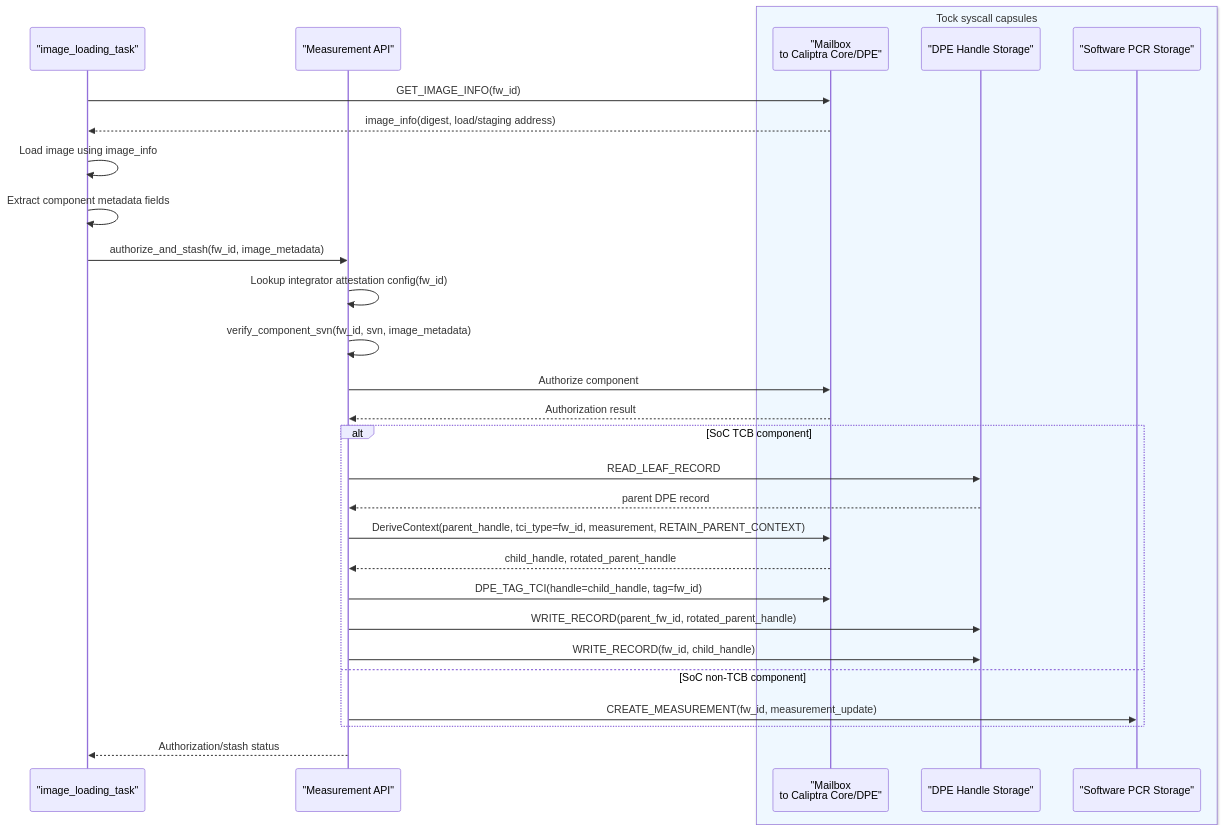
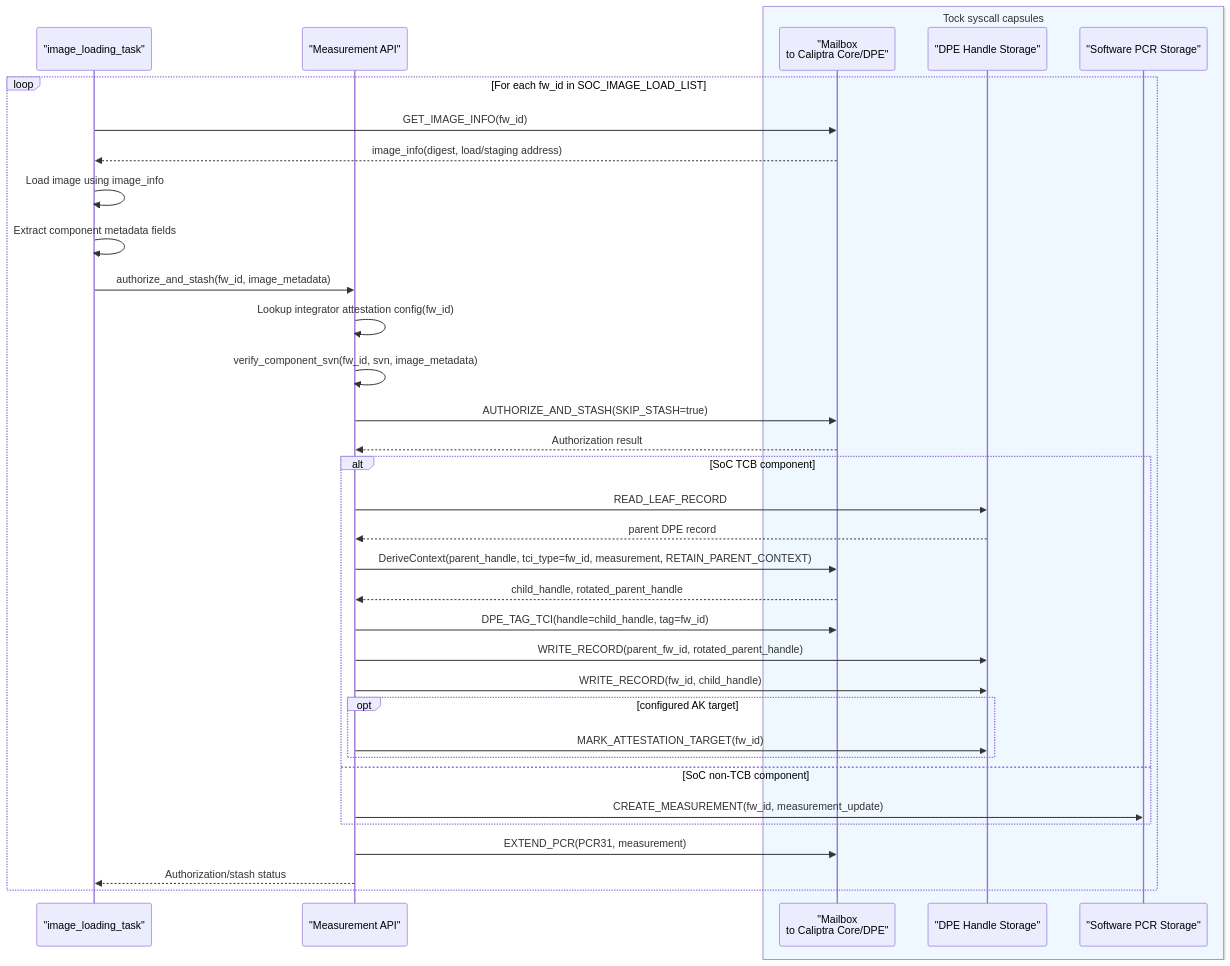
One commit to chipsalliance/caliptra-mcu-sw changed the second of 4 diagrams in docs/src/attestation-measurement-api.md. Above: the diagram before and after it, drawn with Mermaid. The commit also changed other lines of this file and 7 other files, not shown here.

````diff
--- a/docs/src/attestation-measurement-api.md
+++ b/docs/src/attestation-measurement-api.md
@@ -143,34 +179,39 @@
 ```mermaid
 sequenceDiagram
     participant Loader as "image_loading_task"
     participant MApi as "Measurement API"
     box rgb(239, 248, 255) Tock syscall capsules
         participant Mailbox as "Mailbox<br/>to Caliptra Core/DPE"
         participant DpeStore as "DPE Handle Storage"
         participant PcrStore as "Software PCR Storage"
     end
 
-    Loader->>Mailbox: GET_IMAGE_INFO(fw_id)
-    Mailbox-->>Loader: image_info(digest, load/staging address)
-    Loader->>Loader: Load image using image_info
-    Loader->>Loader: Extract component metadata fields
-    Loader->>MApi: authorize_and_stash(fw_id, image_metadata)
-    MApi->>MApi: Lookup integrator attestation config(fw_id)
-    MApi->>MApi: verify_component_svn(fw_id, svn, image_metadata)
-    MApi->>Mailbox: Authorize component
-    Mailbox-->>MApi: Authorization result
+    loop For each fw_id in SOC_IMAGE_LOAD_LIST
+        Loader->>Mailbox: GET_IMAGE_INFO(fw_id)
+        Mailbox-->>Loader: image_info(digest, load/staging address)
+        Loader->>Loader: Load image using image_info
+        Loader->>Loader: Extract component metadata fields
+        Loader->>MApi: authorize_and_stash(fw_id, image_metadata)
+        MApi->>MApi: Lookup integrator attestation config(fw_id)
+        MApi->>MApi: verify_component_svn(fw_id, svn, image_metadata)
+        MApi->>Mailbox: AUTHORIZE_AND_STASH(SKIP_STASH=true)
+        Mailbox-->>MApi: Authorization result
 
-    alt SoC TCB component
-        MApi->>DpeStore: READ_LEAF_RECORD
-        DpeStore-->>MApi: parent DPE record
-        MApi->>Mailbox: DeriveContext(parent_handle, tci_type=fw_id, measurement, RETAIN_PARENT_CONTEXT)
-        Mailbox-->>MApi: child_handle, rotated_parent_handle
-        MApi->>Mailbox: DPE_TAG_TCI(handle=child_handle, tag=fw_id)
-        MApi->>DpeStore: WRITE_RECORD(parent_fw_id, rotated_parent_handle)
-        MApi->>DpeStore: WRITE_RECORD(fw_id, child_handle)
-    else SoC non-TCB component
-        MApi->>PcrStore: CREATE_MEASUREMENT(fw_id, measurement_update)
+        alt SoC TCB component
+            MApi->>DpeStore: READ_LEAF_RECORD
+            DpeStore-->>MApi: parent DPE record
+            MApi->>Mailbox: DeriveContext(parent_handle, tci_type=fw_id, measurement, RETAIN_PARENT_CONTEXT)
+            Mailbox-->>MApi: child_handle, rotated_parent_handle
+            MApi->>Mailbox: DPE_TAG_TCI(handle=child_handle, tag=fw_id)
+            MApi->>DpeStore: WRITE_RECORD(parent_fw_id, rotated_parent_handle)
+            MApi->>DpeStore: WRITE_RECORD(fw_id, child_handle)
+            opt configured AK target
+                MApi->>DpeStore: MARK_ATTESTATION_TARGET(fw_id)
+            end
+        else SoC non-TCB component
+            MApi->>PcrStore: CREATE_MEASUREMENT(fw_id, measurement_update)
+        end
+        MApi->>Mailbox: EXTEND_PCR(PCR31, measurement)
+        MApi-->>Loader: Authorization/stash status
     end
-
-    MApi-->>Loader: Authorization/stash status
 ```
````
